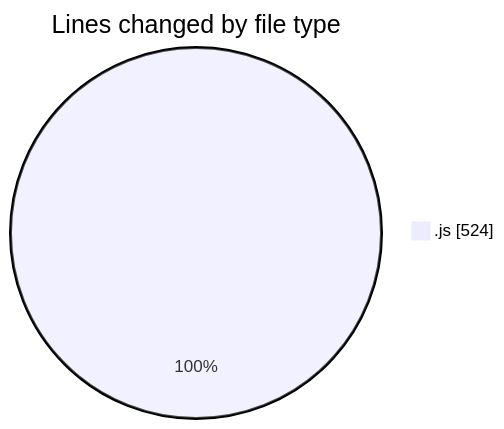
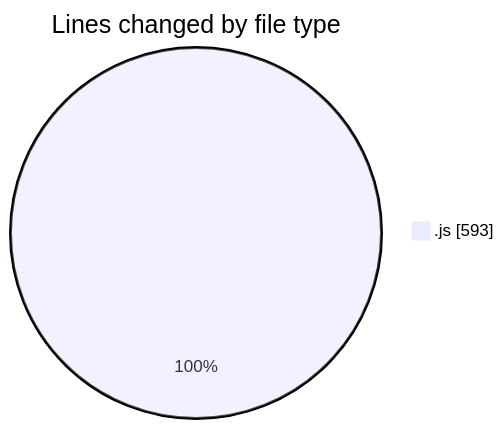
One commit to Ritupan-Deka/code-tracking changed the first of 2 diagrams in 2025-08-05/javascript/README.md. Above: the diagram before and after it, drawn with Mermaid. The commit also changed other lines of this file and 1 other file, not shown here.

````diff
--- a/2025-08-05/javascript/README.md
+++ b/2025-08-05/javascript/README.md
@@ -21,5 +22,5 @@
 ```mermaid
 pie showData
 title Lines changed by file type
-".js" : 524
+".js" : 593
 ```
````
